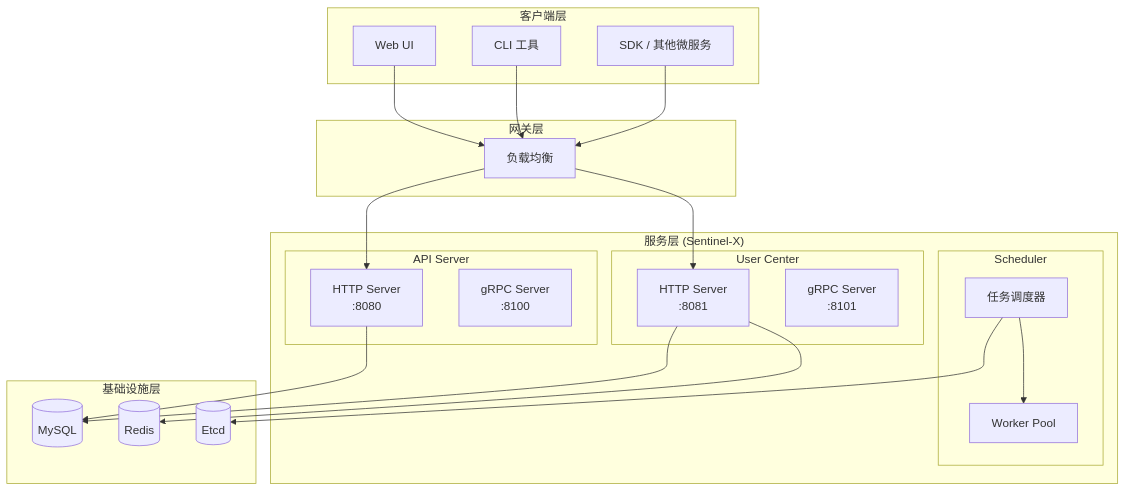
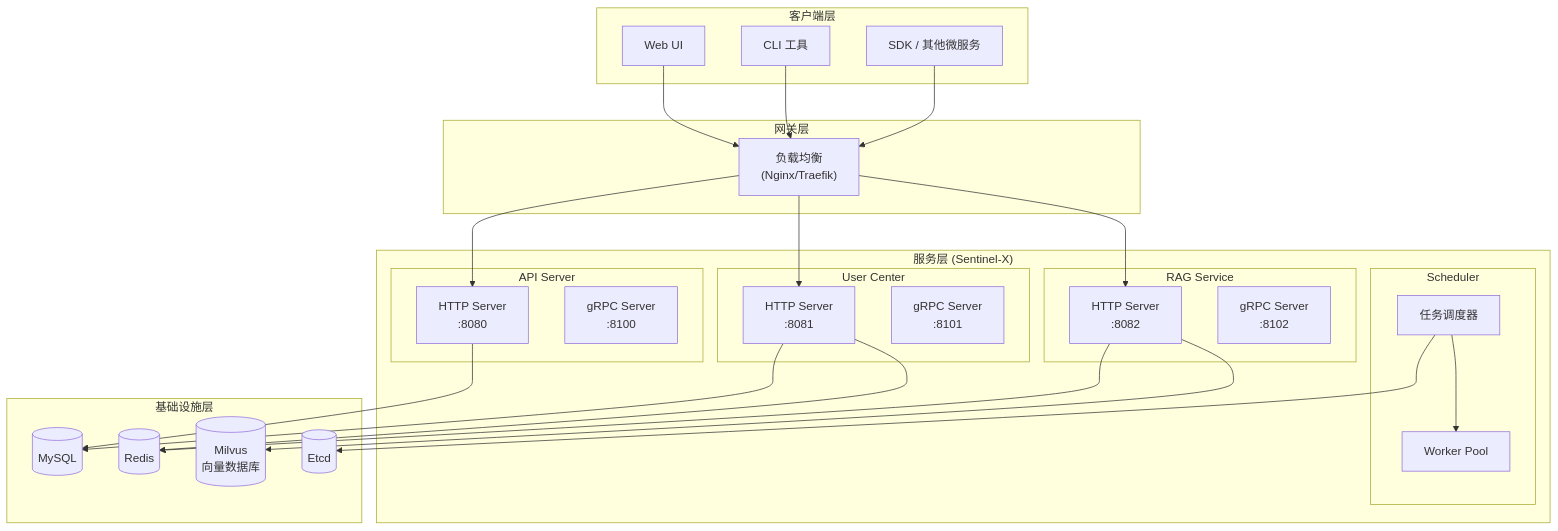
One commit to kart-io/sentinel-x changed the first of 4 diagrams in docs/design/architecture.md. Above: the diagram before and after it, drawn with Mermaid. The commit also changed other lines of this file and 6 other files, not shown here.

````diff
--- a/docs/design/architecture.md
+++ b/docs/design/architecture.md
@@ -9,49 +9,59 @@
 ```mermaid
 graph TB
     subgraph "客户端层"
         WebUI["Web UI"]
         CLI["CLI 工具"]
         SDK["SDK / 其他微服务"]
     end
 
     subgraph "网关层"
-        LB["负载均衡"]
+        LB["负载均衡<br/>(Nginx/Traefik)"]
     end
 
     subgraph "服务层 (Sentinel-X)"
         subgraph "API Server"
             API_HTTP["HTTP Server<br/>:8080"]
             API_GRPC["gRPC Server<br/>:8100"]
         end
 
         subgraph "User Center"
             UC_HTTP["HTTP Server<br/>:8081"]
             UC_GRPC["gRPC Server<br/>:8101"]
         end
 
+        subgraph "RAG Service"
+            RAG_HTTP["HTTP Server<br/>:8082"]
+            RAG_GRPC["gRPC Server<br/>:8102"]
+        end
+
         subgraph "Scheduler"
             SCHED["任务调度器"]
             WORKER["Worker Pool"]
         end
     end
 
     subgraph "基础设施层"
         MySQL[(MySQL)]
         Redis[(Redis)]
+        Milvus[(Milvus<br/>向量数据库)]
         Etcd[(Etcd)]
     end
 
     WebUI --> LB
     CLI --> LB
     SDK --> LB
 
     LB --> API_HTTP
     LB --> UC_HTTP
+    LB --> RAG_HTTP
 
     API_HTTP --> MySQL
     UC_HTTP --> MySQL
     UC_HTTP --> Redis
 
+    RAG_HTTP --> Milvus
+    RAG_HTTP --> Redis
+
     SCHED --> Etcd
     SCHED --> WORKER
 ```
````
